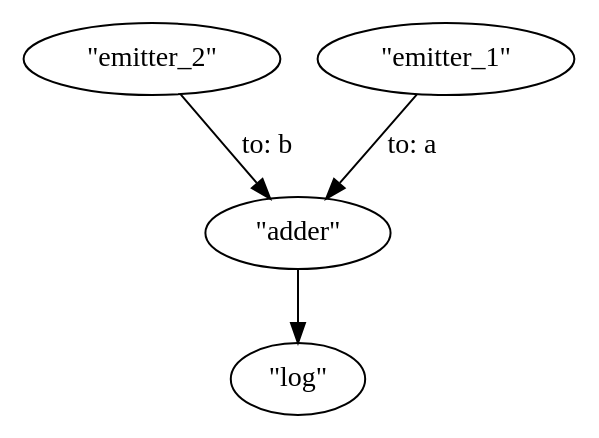
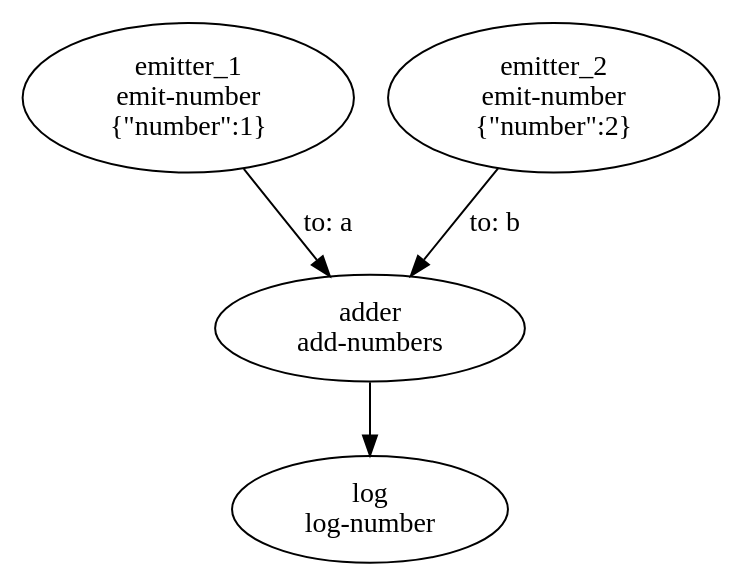
Before and after one commit to ungerpeter/cillio: the diagram in assets/sum_graph.dot, drawn with Graphviz. The commit also changed 4 other files, not shown here.

Commit message:
Further improve dot print of the graph

```diff
--- a/assets/sum_graph.dot
+++ b/assets/sum_graph.dot
@@ -1,9 +1,9 @@
 digraph {
-    0 [ label = "\"emitter_2\"" ]
-    1 [ label = "\"adder\"" ]
-    2 [ label = "\"log\"" ]
-    3 [ label = "\"emitter_1\"" ]
-    3 -> 1 [ label="to: a"]
-    0 -> 1 [ label="to: b"]
-    1 -> 2 [ label=""]
+    0 [ label="adder\nadd-numbers"]
+    1 [ label="emitter_1\nemit-number\n{\"number\":1}"]
+    2 [ label="emitter_2\nemit-number\n{\"number\":2}"]
+    3 [ label="log\nlog-number"]
+    1 -> 0 [ label="to: a"]
+    2 -> 0 [ label="to: b"]
+    0 -> 3 [ label=""]
 }
```
